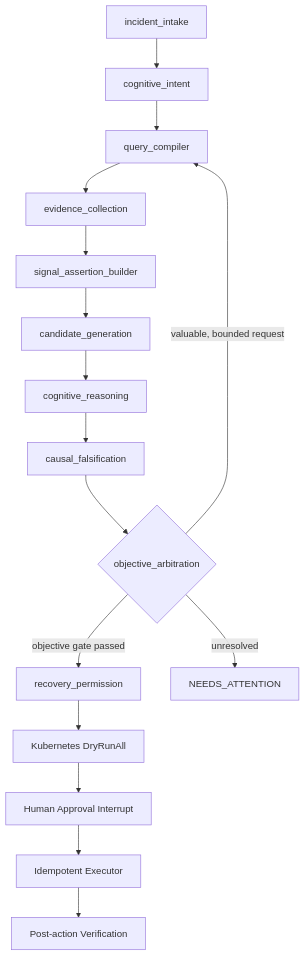
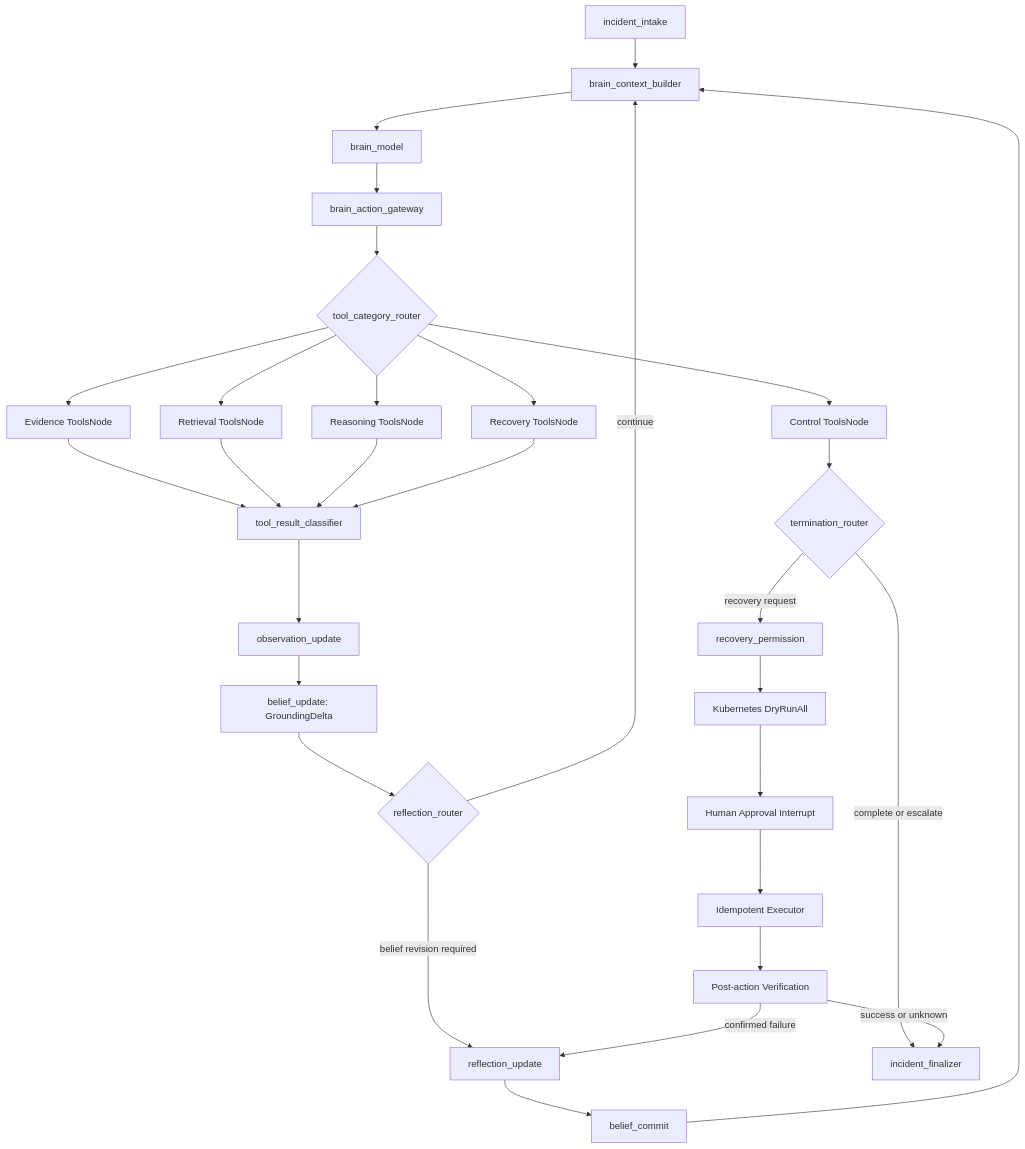
Before and after one commit to GongShichen/kubepilot-aiops: the first of 2 diagrams in README.md, drawn with Mermaid. The commit also changed other lines of this file and 77 other files, not shown here.

````diff
--- a/README.md
+++ b/README.md
@@ -15,18 +15,32 @@
 ```mermaid
 flowchart TD
-    I["incident_intake"] --> CI["cognitive_intent"]
-    CI --> QC["query_compiler"]
-    QC --> EC["evidence_collection"]
-    EC --> SA["signal_assertion_builder"]
-    SA --> CG["candidate_generation"]
-    CG --> CR["cognitive_reasoning"]
-    CR --> CF["causal_falsification"]
-    CF --> OA{"objective_arbitration"}
-    OA -->|"valuable, bounded request"| QC
-    OA -->|"objective gate passed"| RP["recovery_permission"]
-    OA -->|"unresolved"| H["NEEDS_ATTENTION"]
+    I["incident_intake"] --> C["brain_context_builder"]
+    C --> M["brain_model"]
+    M --> G["brain_action_gateway"]
+    G --> R{"tool_category_router"}
+    R --> E["Evidence ToolsNode"]
+    R --> K["Retrieval ToolsNode"]
+    R --> Q["Reasoning ToolsNode"]
+    R --> P["Recovery ToolsNode"]
+    R --> T["Control ToolsNode"]
+    E --> C1["tool_result_classifier"]
+    K --> C1
+    Q --> C1
+    P --> C1
+    C1 --> O["observation_update"]
+    O --> GD["belief_update: GroundingDelta"]
+    GD --> RR{"reflection_router"}
+    RR -->|"belief revision required"| RF["reflection_update"]
+    RF --> BC["belief_commit"]
+    BC --> C
+    RR -->|"continue"| C
+    T --> TR{"termination_router"}
+    TR -->|"recovery request"| RP["recovery_permission"]
+    TR -->|"complete or escalate"| F["incident_finalizer"]
     RP --> DR["Kubernetes DryRunAll"]
     DR --> AP["Human Approval Interrupt"]
     AP --> EX["Idempotent Executor"]
     EX --> V["Post-action Verification"]
+    V -->|"confirmed failure"| RF
+    V -->|"success or unknown"| F
 ```
````
